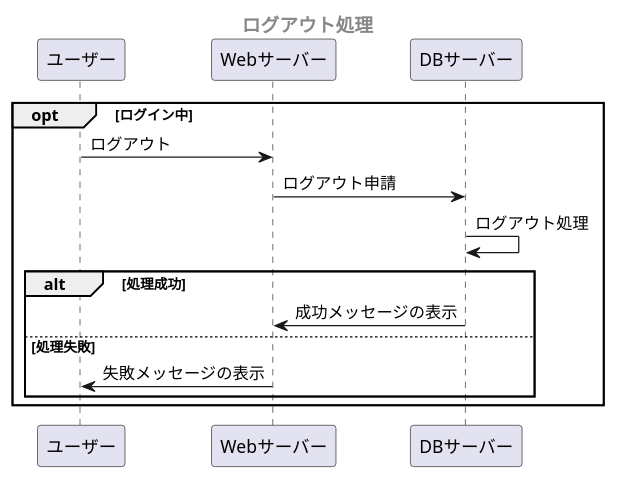
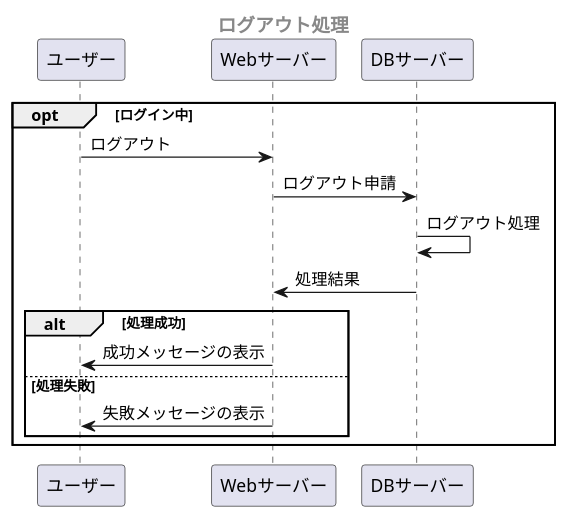
Before and after one commit to Aso2001163/2021sys-design-2: the fourth of 5 diagrams in システム開発/業務フロー/業務フロー.md, drawn with PlantUML. The commit also changed other lines of this file, not shown here.

````diff
--- a/システム開発/業務フロー/業務フロー.md
+++ b/システム開発/業務フロー/業務フロー.md
@@ -82,16 +82,17 @@
 ```uml
 @startuml
  center header <size:15><b>ログアウト処理</b></size>
   opt ログイン中
   ユーザー -> Webサーバー:ログアウト
   Webサーバー -> DBサーバー:ログアウト申請
   DBサーバー -> DBサーバー:ログアウト処理
+  DBサーバー -> Webサーバー:処理結果
   alt 処理成功
-   DBサーバー -> Webサーバー:成功メッセージの表示
+   Webサーバー -> ユーザー:成功メッセージの表示
   else 処理失敗
    Webサーバー ->ユーザー:失敗メッセージの表示
   end
   end
   
 @enduml
 ```
````
